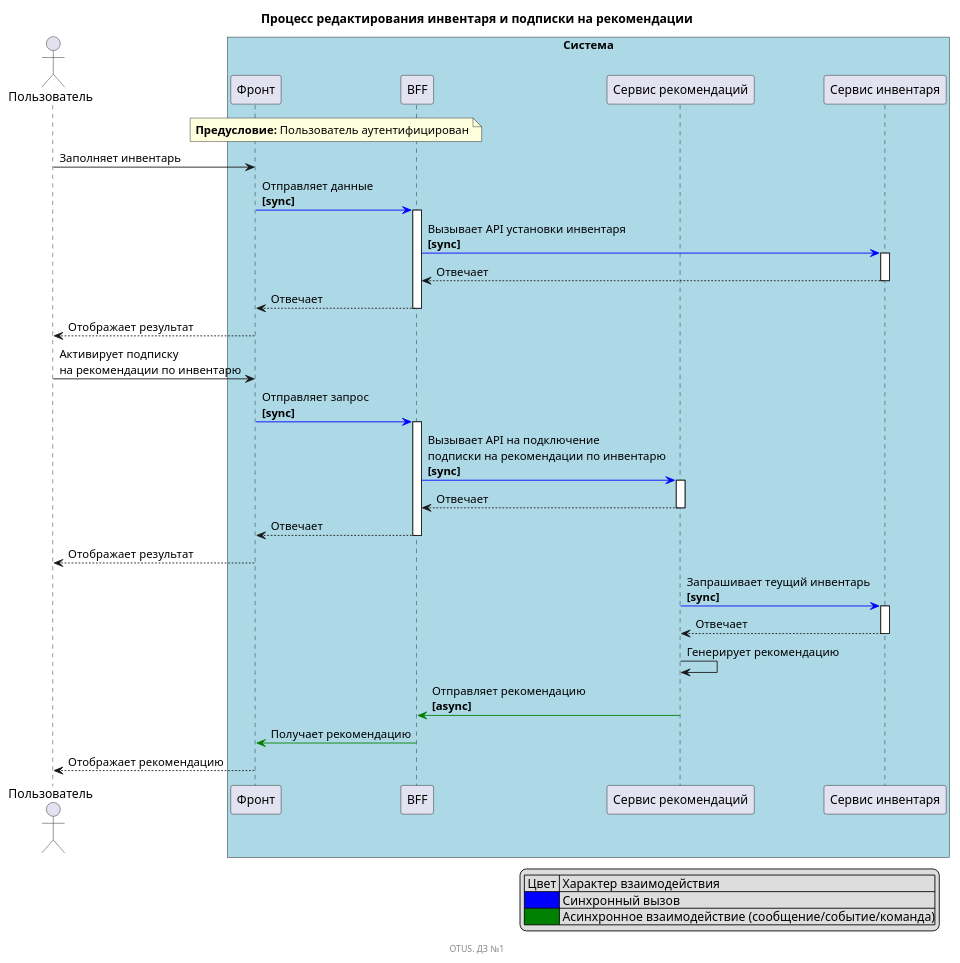
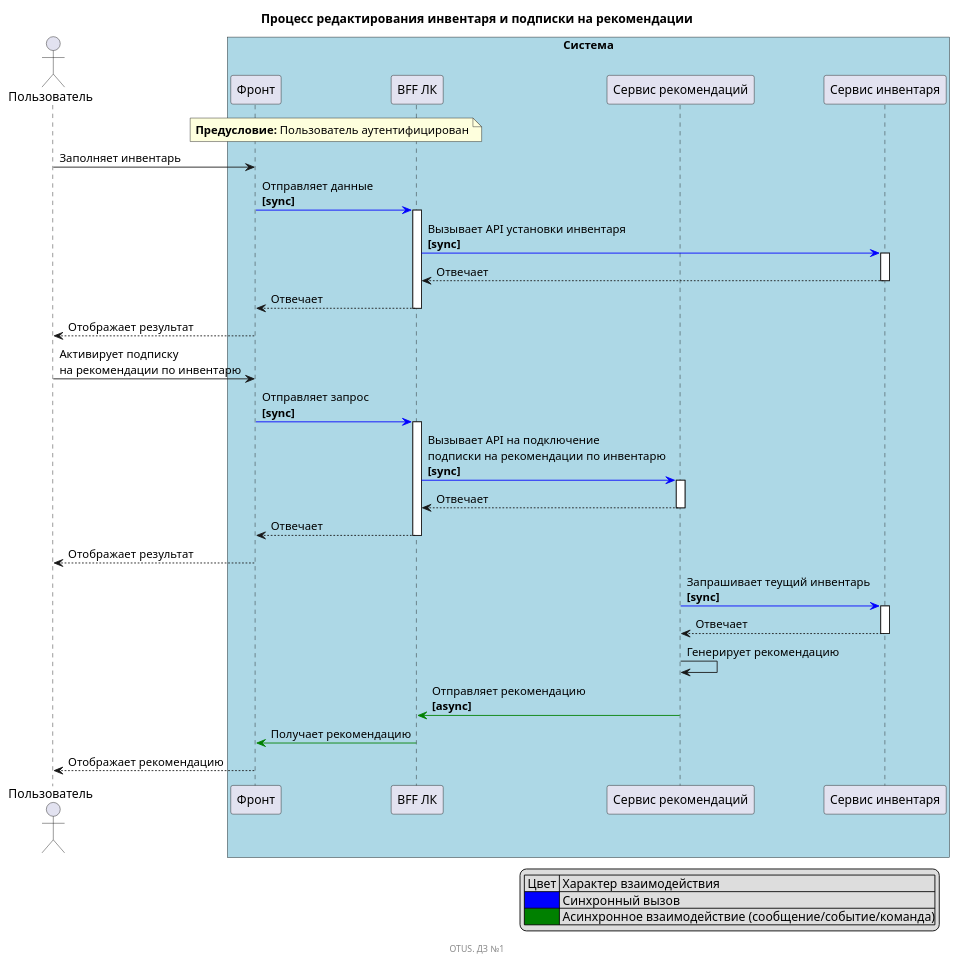
One commit to jetio/microservices_architecture_otus changed the diagram in Homework_1/Sequence_Inventory.puml. Above: the diagram before and after it, drawn with PlantUML. The commit also changed 12 other files, not shown here.

Commit message:
[HW_1] Доработаны диаграммы

```diff
--- a/Homework_1/Sequence_Inventory.puml
+++ b/Homework_1/Sequence_Inventory.puml
@@ -1,45 +1,45 @@
 @startuml
 title Процесс редактирования инвентаря и подписки на рекомендации
 footer OTUS. ДЗ №1
 
 actor "Пользователь" as USER order 1
 
 box "Система" #LightBlue
     participant "Фронт" as FRONT order 10
-    participant "BFF" as BFF order 20
+    participant "BFF ЛК" as BFF order 20
     participant "Сервис рекомендаций" as SERVICE_ADVICE order 30
     participant "Сервис инвентаря" as SERVICE_INVENTORY order 40
 end box
 
 note over FRONT, BFF
 <b>Предусловие:</b> Пользователь аутентифицирован
 end note
 
 USER -> FRONT : Заполняет инвентарь
 FRONT -[#blue]> BFF ++ : Отправляет данные\n<b>[sync]
 BFF -[#blue]> SERVICE_INVENTORY ++: Вызывает API установки инвентаря\n<b>[sync]
 SERVICE_INVENTORY --> BFF -- : Отвечает
 BFF --> FRONT -- : Отвечает
 FRONT --> USER : Отображает результат
 
 USER -> FRONT : Активирует подписку\nна рекомендации по инвентарю
 FRONT -[#blue]> BFF ++ : Отправляет запрос\n<b>[sync]
 BFF -[#blue]> SERVICE_ADVICE ++: Вызывает API на подключение\nподписки на рекомендации по инвентарю\n<b>[sync]
 SERVICE_ADVICE --> BFF -- : Отвечает
 BFF --> FRONT -- : Отвечает
 FRONT --> USER : Отображает результат
 
 SERVICE_ADVICE -[#blue]> SERVICE_INVENTORY ++: Запрашивает теущий инвентарь\n<b>[sync]
 SERVICE_INVENTORY --> SERVICE_ADVICE -- : Отвечает
 SERVICE_ADVICE -> SERVICE_ADVICE : Генерирует рекомендацию
 SERVICE_ADVICE -[#green]> BFF : Отправляет рекомендацию\n<b>[async]
 BFF -[#green]> FRONT : Получает рекомендацию
 FRONT --> USER : Отображает рекомендацию
 
 legend right
 | Цвет | Характер взаимодействия |
 |<#Blue>| Синхронный вызов |
 |<#Green>| Асинхронное взаимодействие (сообщение/событие/команда)|
 end legend
 
 @enduml
```
